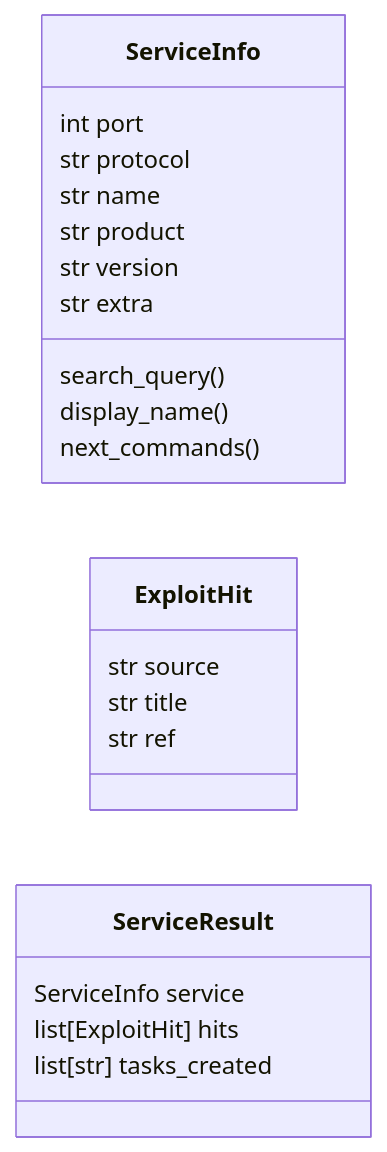
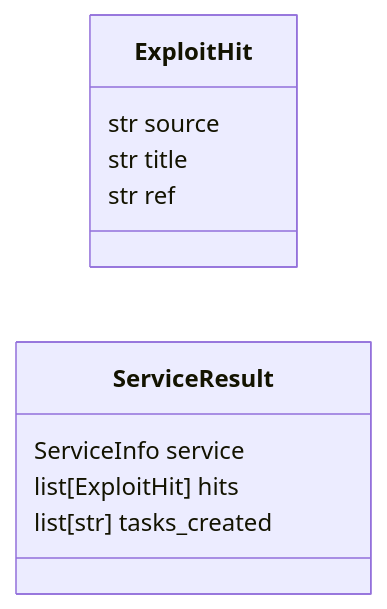
Before and after one commit to grisuno/LazyOwn: the diagram in readmenator-apidocs/modules/cli.exploit_advisor.py.md, drawn with Mermaid. The commit also changed other lines of this file and 434 other files, not shown here.

````diff
--- a/readmenator-apidocs/modules/cli.exploit_advisor.py.md
+++ b/readmenator-apidocs/modules/cli.exploit_advisor.py.md
@@ -20,22 +20,12 @@
 ```mermaid
 classDiagram
     direction LR
-    class ServiceInfo
-    ServiceInfo : int port
-    ServiceInfo : str protocol
-    ServiceInfo : str name
-    ServiceInfo : str product
-    ServiceInfo : str version
-    ServiceInfo : str extra
-    ServiceInfo : search_query()
-    ServiceInfo : display_name()
-    ServiceInfo : next_commands()
     class ExploitHit
     ExploitHit : str source
     ExploitHit : str title
     ExploitHit : str ref
     class ServiceResult
     ServiceResult : ServiceInfo service
     ServiceResult : list[ExploitHit] hits
     ServiceResult : list[str] tasks_created
 ```
````
